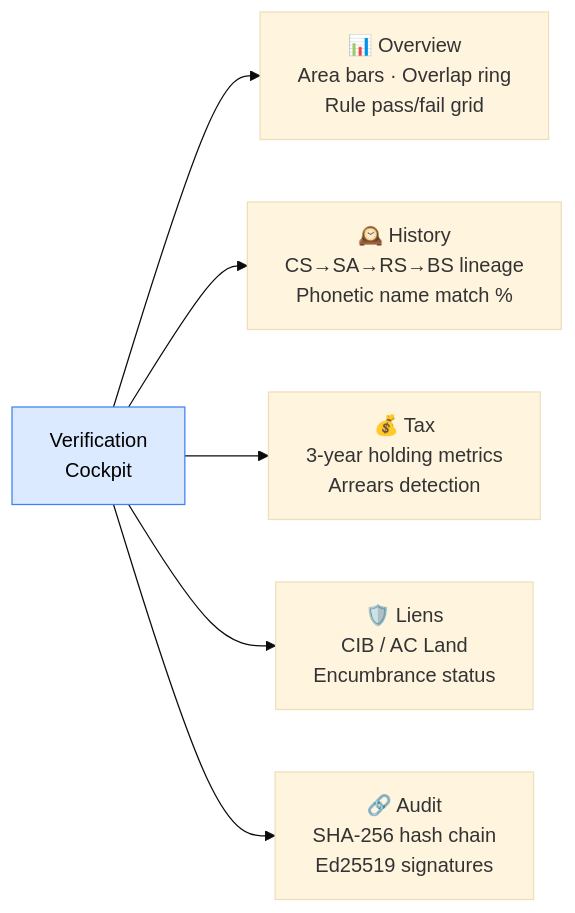
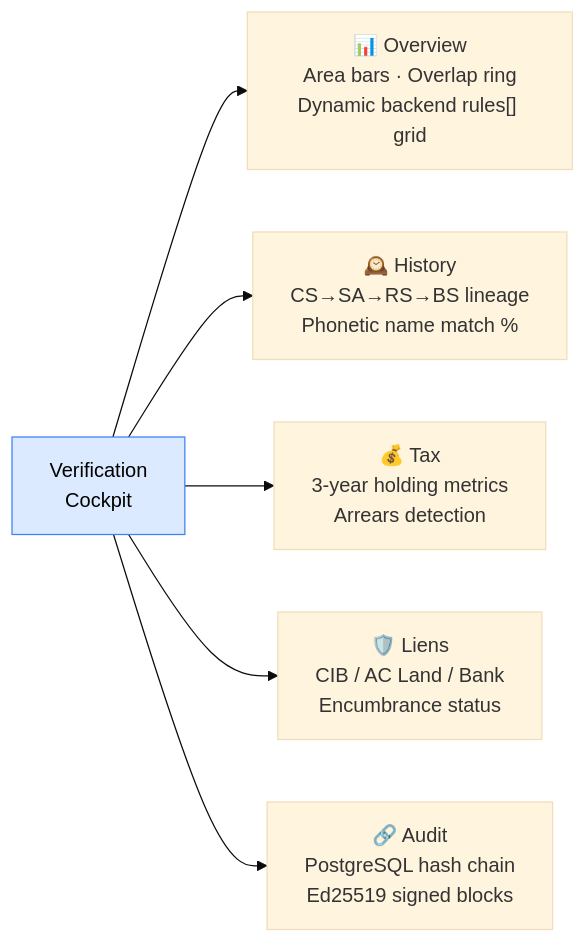
The seventh of 9 diagrams in README.md (Erebo/naksha), drawn with Mermaid (base theme) before and after one commit. The commit also changed other lines of this file, not shown here.

First line of the commit message:
docs: update architecture diagrams, PostGIS ERD, quickstart, and 136-test suite

````diff
--- a/README.md
+++ b/README.md
@@ -315,12 +378,12 @@
 ```mermaid
 flowchart LR
     COCKPIT["Verification<br/>Cockpit"] --> T1 & T2 & T3 & T4 & T5
 
-    T1["📊 Overview<br/>Area bars · Overlap ring<br/>Rule pass/fail grid"]
+    T1["📊 Overview<br/>Area bars · Overlap ring<br/>Dynamic backend rules[] grid"]
     T2["🕰️ History<br/>CS→SA→RS→BS lineage<br/>Phonetic name match %"]
     T3["💰 Tax<br/>3-year holding metrics<br/>Arrears detection"]
-    T4["🛡️ Liens<br/>CIB / AC Land<br/>Encumbrance status"]
-    T5["🔗 Audit<br/>SHA-256 hash chain<br/>Ed25519 signatures"]
+    T4["🛡️ Liens<br/>CIB / AC Land / Bank<br/>Encumbrance status"]
+    T5["🔗 Audit<br/>PostgreSQL hash chain<br/>Ed25519 signed blocks"]
 
     style COCKPIT fill:#DBEAFE,stroke:#3B82F6,color:#000
 ```
````
